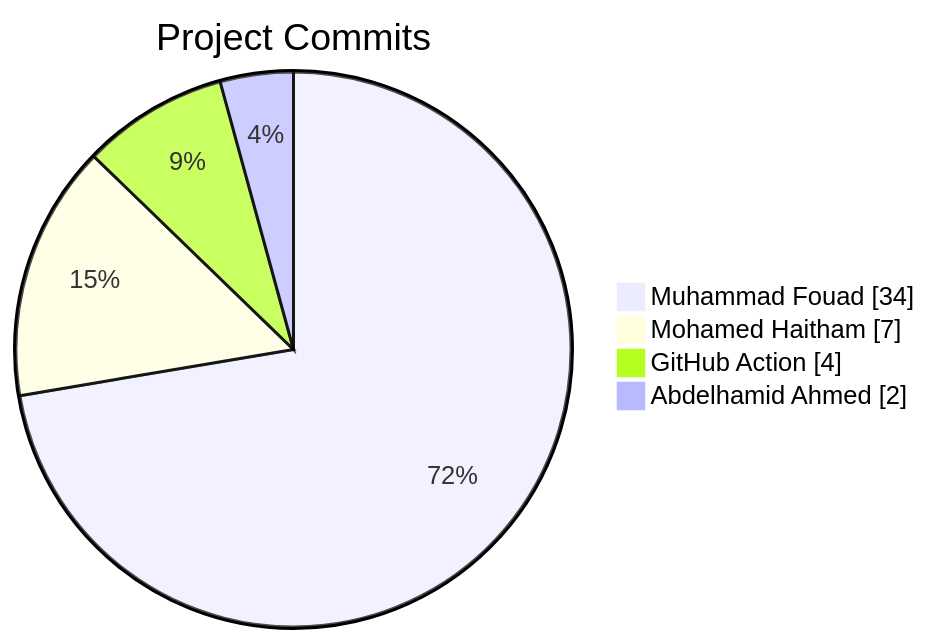
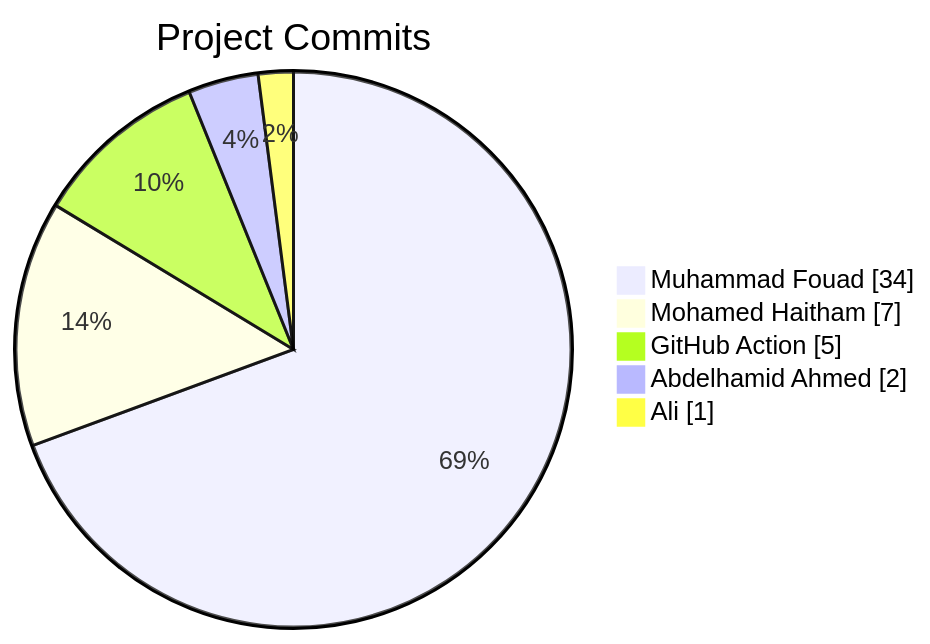
One commit to Abdelhamid-El-rashidy/Library_System changed the diagram in README.md. Above: the diagram before and after it, drawn with Mermaid.

Commit message:
docs: update contributor stats [skip ci]

````diff
--- a/README.md
+++ b/README.md
@@ -11,8 +11,9 @@
 ```mermaid
 pie showData
     title Project Commits
     "Muhammad Fouad" : 34
     "Mohamed Haitham" : 7
-    "GitHub Action" : 4
+    "GitHub Action" : 5
     "Abdelhamid Ahmed" : 2
+    "Ali" : 1
 ```
````
